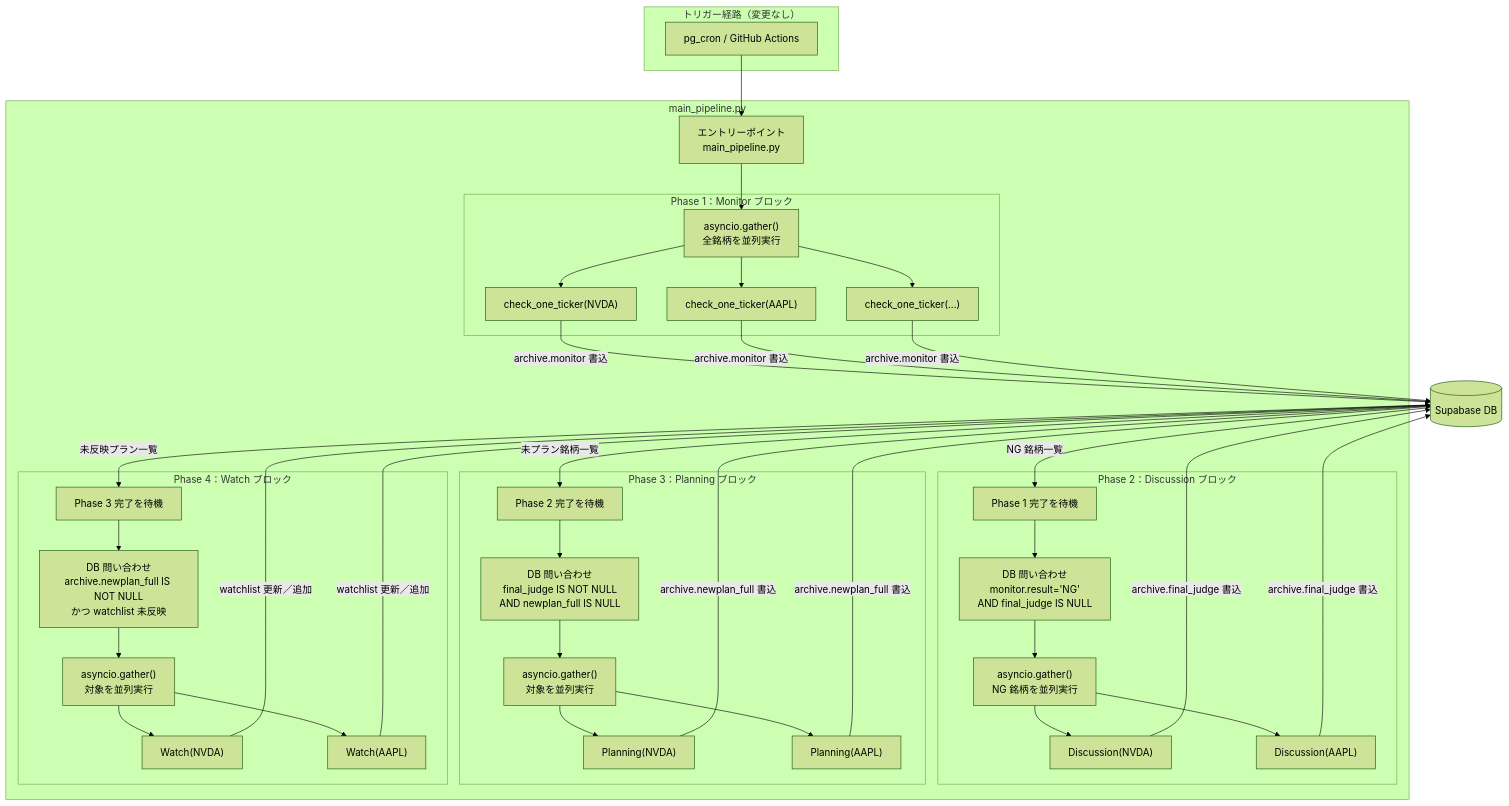
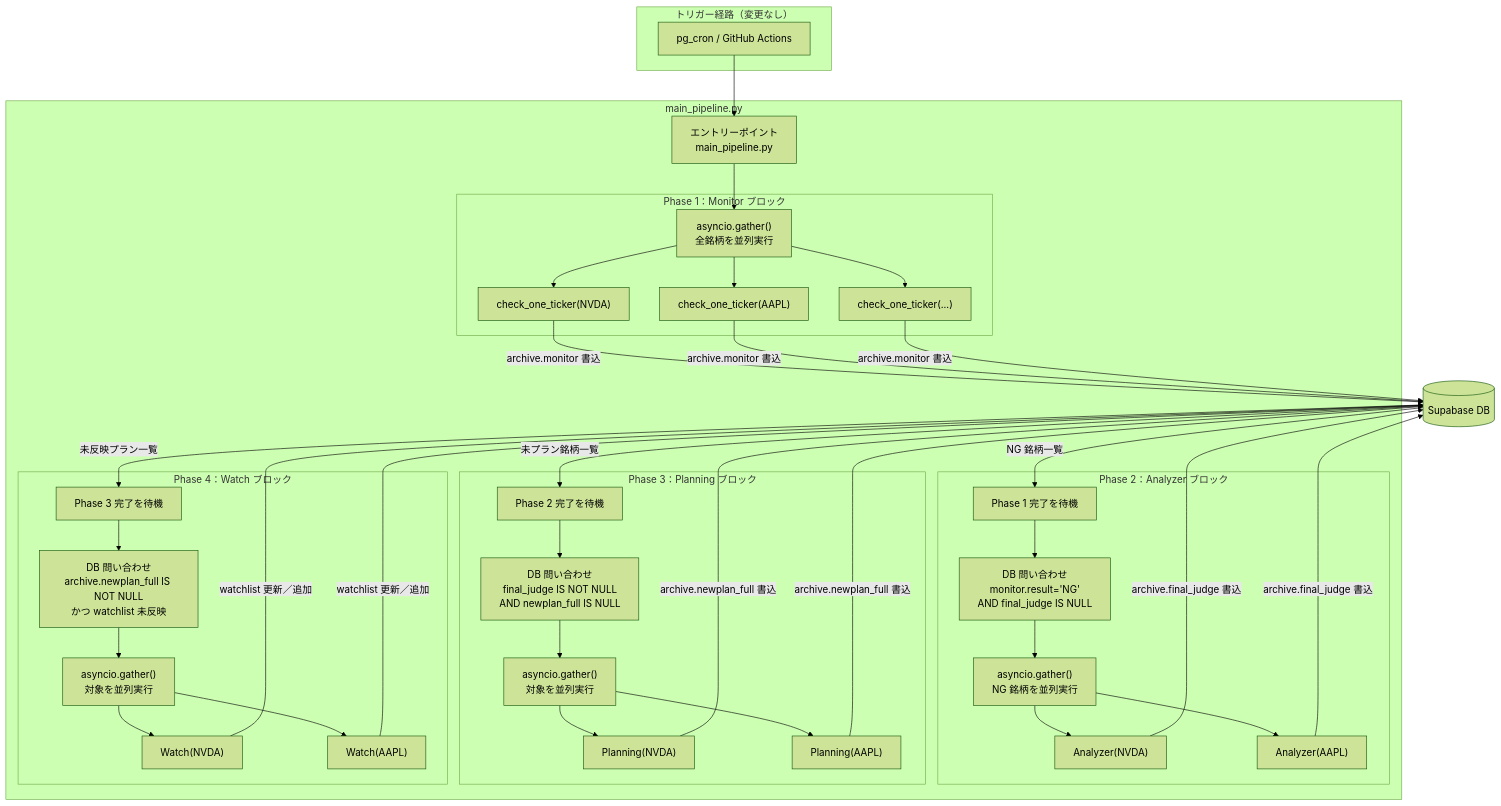
Before and after one commit to oSUiMiNo/Kabu-Trading1: the diagram in MyDocs/新アーキテクチャ設計.md, drawn with Mermaid (forest theme). The commit also changed other lines of this file and 92 other files, not shown here.

````diff
--- a/MyDocs/新アーキテクチャ設計.md
+++ b/MyDocs/新アーキテクチャ設計.md
@@ -28,57 +28,57 @@
 ```mermaid
 flowchart TD
     subgraph TRIGGER["トリガー経路（変更なし）"]
         PGCRON["pg_cron / GitHub Actions"]
     end
 
     PGCRON --> PO
 
     subgraph PIPELINE["main_pipeline.py"]
         PO["エントリーポイント\nmain_pipeline.py"]
 
         subgraph PHASE1["Phase 1：Monitor ブロック"]
             GATHER1["asyncio.gather()\n全銘柄を並列実行"]
             M1["check_one_ticker(NVDA)"]
             M2["check_one_ticker(AAPL)"]
             MN["check_one_ticker(...)"]
             GATHER1 --> M1 & M2 & MN
         end
 
-        subgraph PHASE2["Phase 2：Discussion ブロック"]
+        subgraph PHASE2["Phase 2：Analyzer ブロック"]
             WAIT1["Phase 1 完了を待機"]
             QUERY1["DB 問い合わせ\nmonitor.result='NG'\nAND final_judge IS NULL"]
             GATHER2["asyncio.gather()\nNG 銘柄を並列実行"]
-            D1["Discussion(NVDA)"]
-            D2["Discussion(AAPL)"]
+            D1["Analyzer(NVDA)"]
+            D2["Analyzer(AAPL)"]
             WAIT1 --> QUERY1 --> GATHER2 --> D1 & D2
         end
 
         subgraph PHASE3["Phase 3：Planning ブロック"]
             WAIT2["Phase 2 完了を待機"]
             QUERY2["DB 問い合わせ\nfinal_judge IS NOT NULL\nAND newplan_full IS NULL"]
             GATHER3["asyncio.gather()\n対象を並列実行"]
             P1["Planning(NVDA)"]
             P2["Planning(AAPL)"]
             WAIT2 --> QUERY2 --> GATHER3 --> P1 & P2
         end
 
         subgraph PHASE4["Phase 4：Watch ブロック"]
             WAIT3["Phase 3 完了を待機"]
             QUERY3["DB 問い合わせ\narchive.newplan_full IS NOT NULL\nかつ watchlist 未反映"]
             GATHER4["asyncio.gather()\n対象を並列実行"]
             W1["Watch(NVDA)"]
             W2["Watch(AAPL)"]
             WAIT3 --> QUERY3 --> GATHER4 --> W1 & W2
         end
 
         PO --> GATHER1
     end
 
     M1 & M2 & MN -->|"archive.monitor 書込"| DB[("Supabase DB")]
     DB -->|"NG 銘柄一覧"| WAIT1
     D1 & D2 -->|"archive.final_judge 書込"| DB
     DB -->|"未プラン銘柄一覧"| WAIT2
     P1 & P2 -->|"archive.newplan_full 書込"| DB
     DB -->|"未反映プラン一覧"| WAIT3
     W1 & W2 -->|"watchlist 更新／追加"| DB
 ```
````
